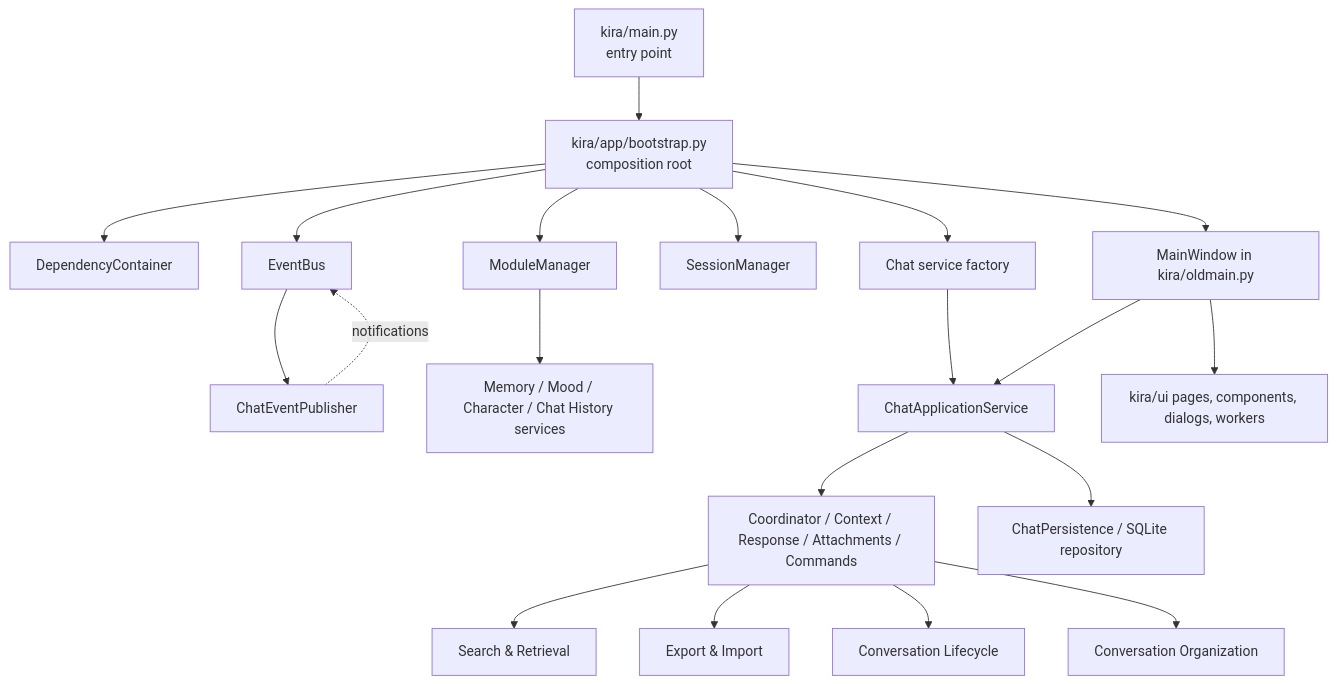
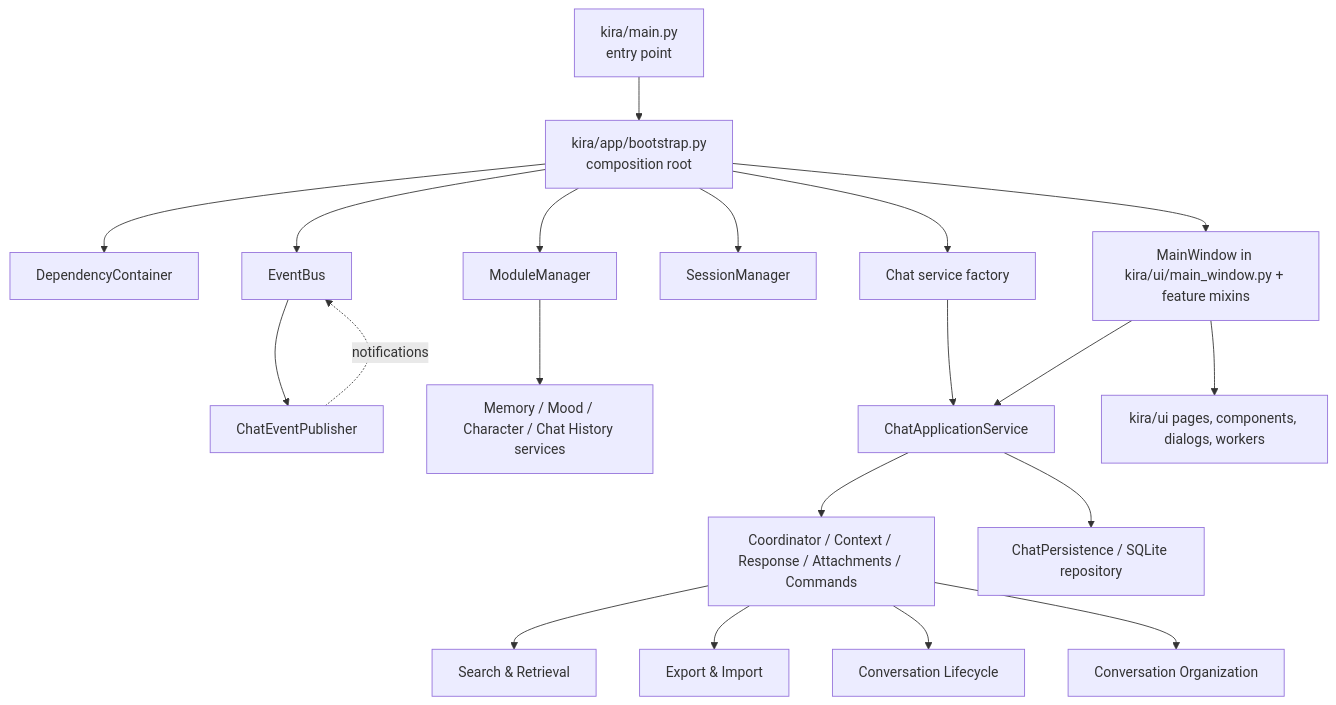
Before and after one commit to alizesta/Kira: the first of 3 diagrams in docs/ARCHITECTURE_MASTER.md, drawn with Mermaid. The commit also changed other lines of this file, not shown here.

Commit message:
docs: update master architecture after oldmain removal

````diff
--- a/docs/ARCHITECTURE_MASTER.md
+++ b/docs/ARCHITECTURE_MASTER.md
@@ -36,22 +36,22 @@
 ```mermaid
 flowchart TD
     Entry["kira/main.py<br/>entry point"] --> Boot["kira/app/bootstrap.py<br/>composition root"]
     Boot --> DI["DependencyContainer"]
     Boot --> Bus["EventBus"]
     Bus --> Publisher["ChatEventPublisher"]
     Boot --> Modules["ModuleManager"]
     Modules --> Services["Memory / Mood / Character / Chat History services"]
     Boot --> Sessions["SessionManager"]
     Boot --> Factory["Chat service factory"]
     Factory --> ChatApp["ChatApplicationService"]
-    Boot --> Window["MainWindow in kira/oldmain.py"]
+    Boot --> Window["MainWindow in kira/ui/main_window.py + feature mixins"]
     Window --> ChatApp
     Window --> UI["kira/ui pages, components, dialogs, workers"]
     ChatApp --> ChatCore["Coordinator / Context / Response / Attachments / Commands"]
     ChatApp --> Persistence["ChatPersistence / SQLite repository"]
     ChatCore --> Search["Search & Retrieval"]
     ChatCore --> Transfer["Export & Import"]
     ChatCore --> Lifecycle["Conversation Lifecycle"]
     ChatCore --> Organization["Conversation Organization"]
     Publisher -. "notifications" .-> Bus
 ```
````
